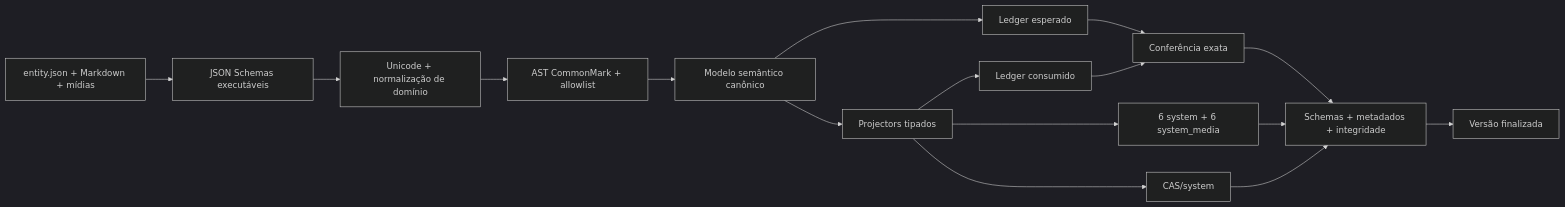
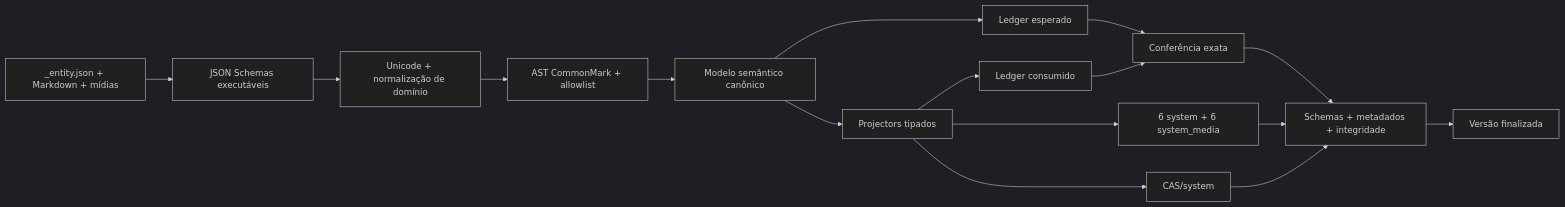
Before and after one commit to migmoroni/veterinary-clinic: the diagram in docs/plans/hub-server/01b1-knowledge-builder-contract-consolidation.md, drawn with Mermaid (dark theme). The commit also changed other lines of this file and 768 other files, not shown here.

````diff
--- a/docs/plans/hub-server/01b1-knowledge-builder-contract-consolidation.md
+++ b/docs/plans/hub-server/01b1-knowledge-builder-contract-consolidation.md
@@ -77,18 +77,18 @@
 ```mermaid
 flowchart LR
-    SOURCE["entity.json + Markdown + mídias"] --> SCHEMA["JSON Schemas executáveis"]
+    SOURCE["_entity.json + Markdown + mídias"] --> SCHEMA["JSON Schemas executáveis"]
     SCHEMA --> NORMALIZE["Unicode + normalização de domínio"]
     NORMALIZE --> AST["AST CommonMark + allowlist"]
     AST --> MODEL["Modelo semântico canônico"]
     MODEL --> EXPECTED["Ledger esperado"]
     MODEL --> PROJECTORS["Projectors tipados"]
     PROJECTORS --> CONSUMED["Ledger consumido"]
     PROJECTORS --> DATABASES["6 system + 6 system_media"]
     PROJECTORS --> CAS["CAS/system"]
     EXPECTED --> AUDIT["Conferência exata"]
     CONSUMED --> AUDIT
     DATABASES --> VERIFY["Schemas + metadados + integridade"]
     CAS --> VERIFY
     AUDIT --> VERIFY
     VERIFY --> FINAL["Versão finalizada"]
 ```
````
